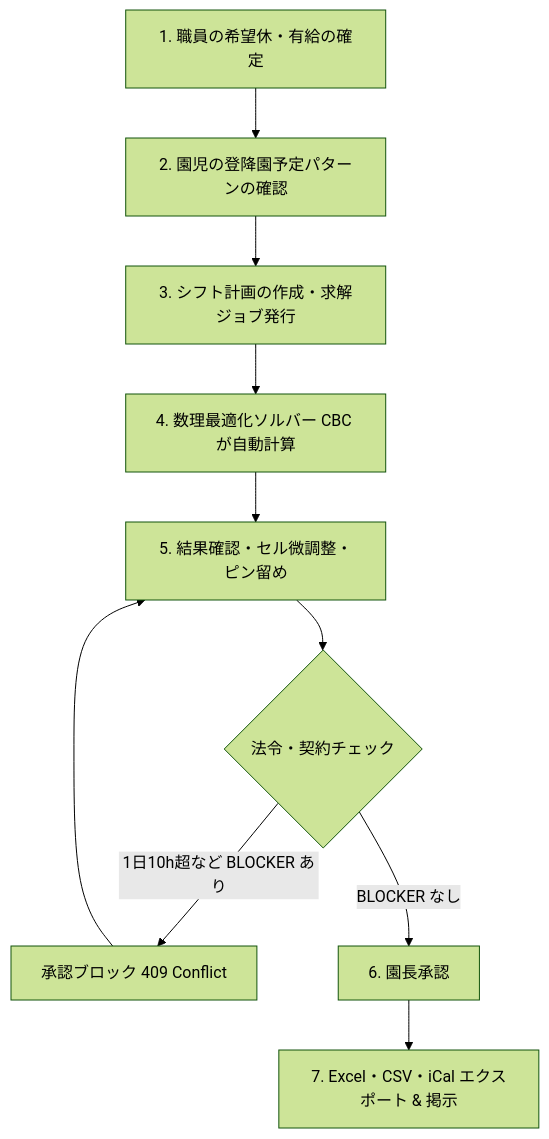
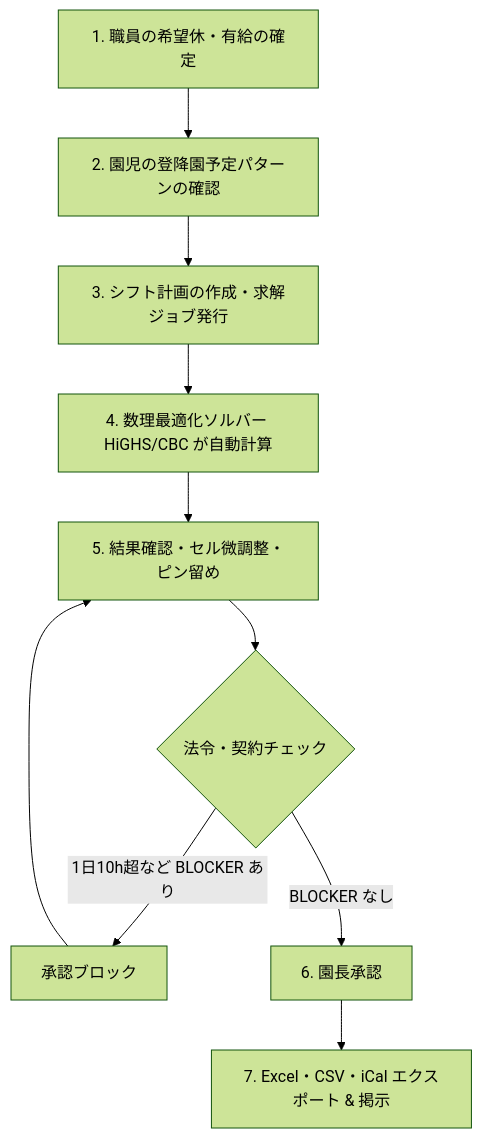
Before and after one commit to annahoikuen-debug/nushift: the diagram in MANUAL.md, drawn with Mermaid (forest theme). The commit also changed other lines of this file and 9 other files, not shown here.

````diff
--- a/MANUAL.md
+++ b/MANUAL.md
@@ -193,12 +149,12 @@
 ```mermaid
 graph TD
     A[1. 職員の希望休・有給の確定] --> B[2. 園児の登降園予定パターンの確認]
     B --> C[3. シフト計画の作成・求解ジョブ発行]
-    C --> D[4. 数理最適化ソルバー CBC が自動計算]
+    C --> D[4. 数理最適化ソルバー HiGHS/CBC が自動計算]
     D --> E[5. 結果確認・セル微調整・ピン留め]
     E --> F{法令・契約チェック}
-    F -- 1日10h超など BLOCKER あり --> G[承認ブロック 409 Conflict]
+    F -- 1日10h超など BLOCKER あり --> G[承認ブロック]
     G --> E
     F -- BLOCKER なし --> H[6. 園長承認]
     H --> I[7. Excel・CSV・iCal エクスポート & 掲示]
 ```
````
